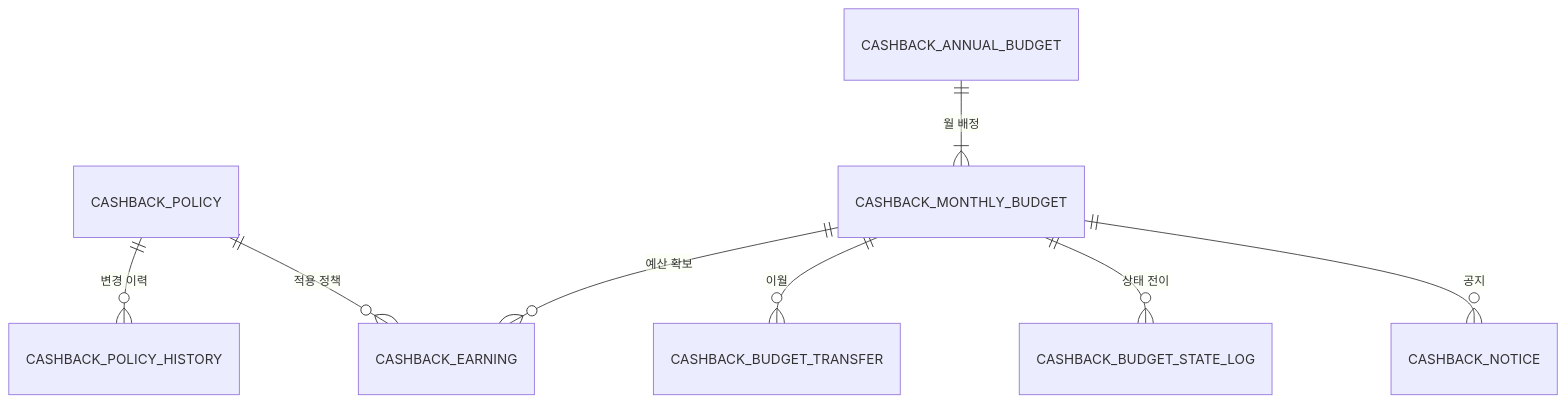
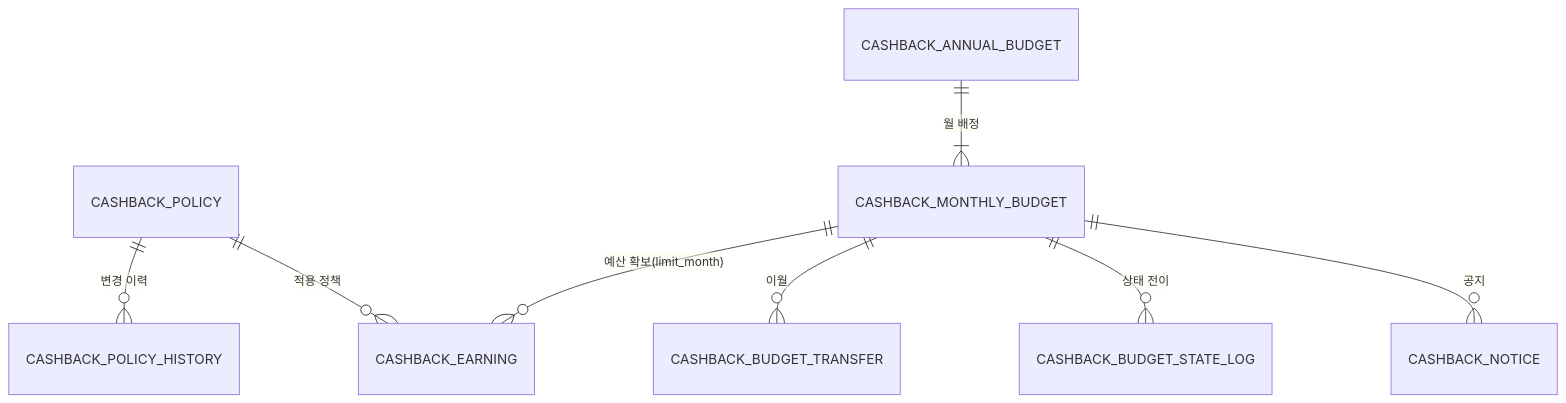
One commit to prgrms-be-devcourse/NBE12-14-final-HOT6 changed the diagram in docs/plan/cashback-mh-1118.md. Above: the diagram before and after it, drawn with Mermaid. The commit also changed other lines of this file, not shown here.

First line of the commit message:
docs(cashback): 기획서를 구현 결과에 맞게 갱신

````diff
--- a/docs/plan/cashback-mh-1118.md
+++ b/docs/plan/cashback-mh-1118.md
@@ -219,10 +227,10 @@
 ```mermaid
 erDiagram
   CASHBACK_POLICY ||--o{ CASHBACK_POLICY_HISTORY : "변경 이력"
   CASHBACK_POLICY ||--o{ CASHBACK_EARNING : "적용 정책"
   CASHBACK_ANNUAL_BUDGET ||--|{ CASHBACK_MONTHLY_BUDGET : "월 배정"
-  CASHBACK_MONTHLY_BUDGET ||--o{ CASHBACK_EARNING : "예산 확보"
+  CASHBACK_MONTHLY_BUDGET ||--o{ CASHBACK_EARNING : "예산 확보(limit_month)"
   CASHBACK_MONTHLY_BUDGET ||--o{ CASHBACK_BUDGET_TRANSFER : "이월"
   CASHBACK_MONTHLY_BUDGET ||--o{ CASHBACK_BUDGET_STATE_LOG : "상태 전이"
   CASHBACK_MONTHLY_BUDGET ||--o{ CASHBACK_NOTICE : "공지"
 ```
````
